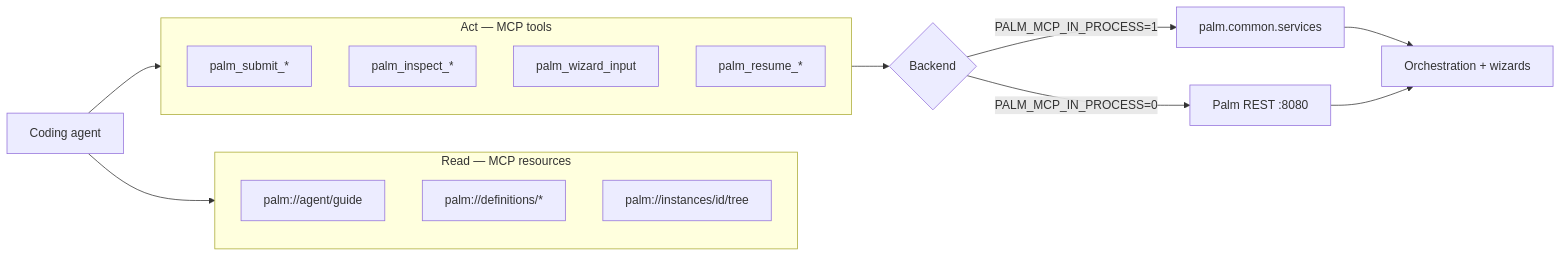
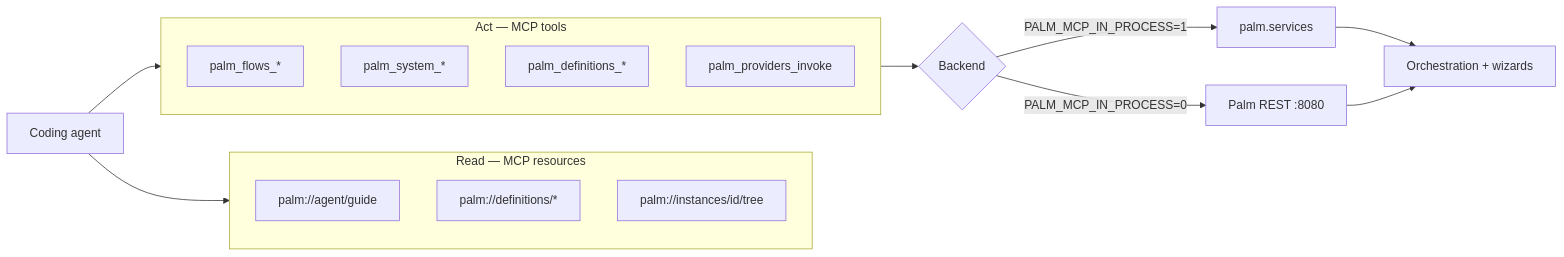
Before and after one commit to JGabrielGruber/palmengine: the diagram in docs/MCP.md, drawn with Mermaid. The commit also changed other lines of this file and 19 other files, not shown here.

````diff
--- a/docs/MCP.md
+++ b/docs/MCP.md
@@ -22,21 +24,21 @@
 ```mermaid
 flowchart LR
     subgraph read [Read — MCP resources]
         Guide[palm://agent/guide]
         Catalogs[palm://definitions/*]
         Tree[palm://instances/id/tree]
     end
     subgraph act [Act — MCP tools]
-        Submit[palm_submit_*]
-        Inspect[palm_inspect_*]
-        Input[palm_wizard_input]
-        Resume[palm_resume_*]
+        Flows[palm_flows_*]
+        System[palm_system_*]
+        Defs[palm_definitions_*]
+        Prov[palm_providers_invoke]
     end
     Agent[Coding agent] --> read
     Agent --> act
     act --> Backend{Backend}
-    Backend -->|PALM_MCP_IN_PROCESS=1| Services[palm.common.services]
+    Backend -->|PALM_MCP_IN_PROCESS=1| Services[palm.services]
     Services --> Engine[Orchestration + wizards]
     Backend -->|PALM_MCP_IN_PROCESS=0| REST[Palm REST :8080]
     REST --> Engine
 ```
````
